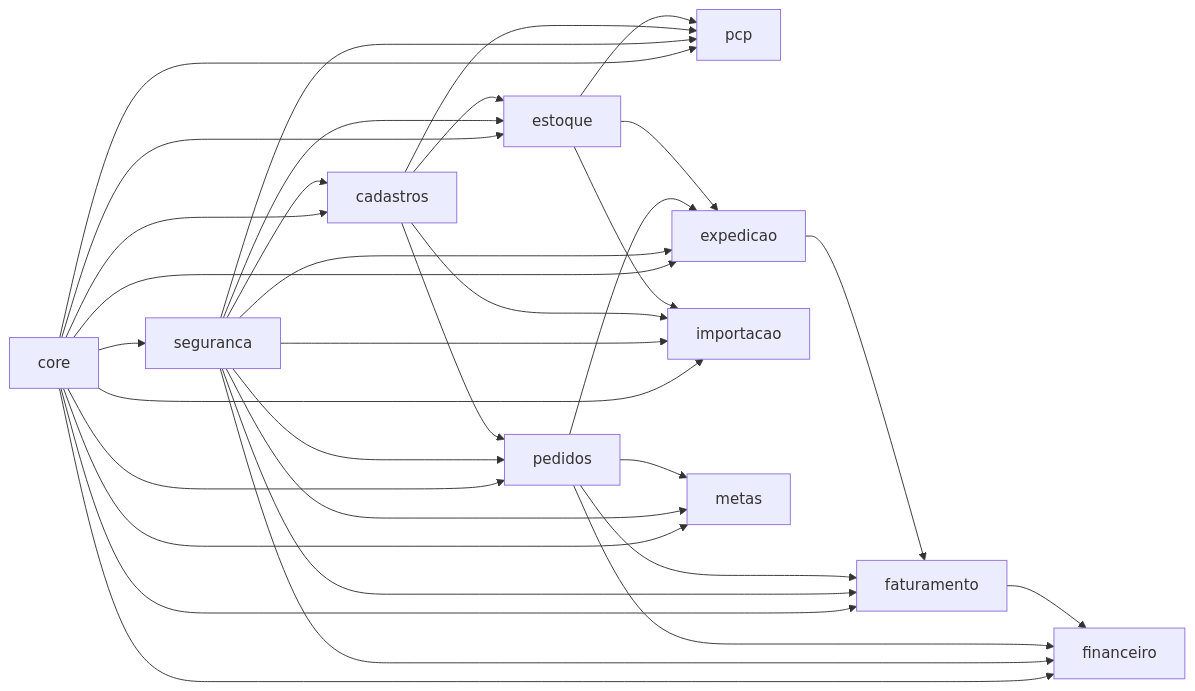
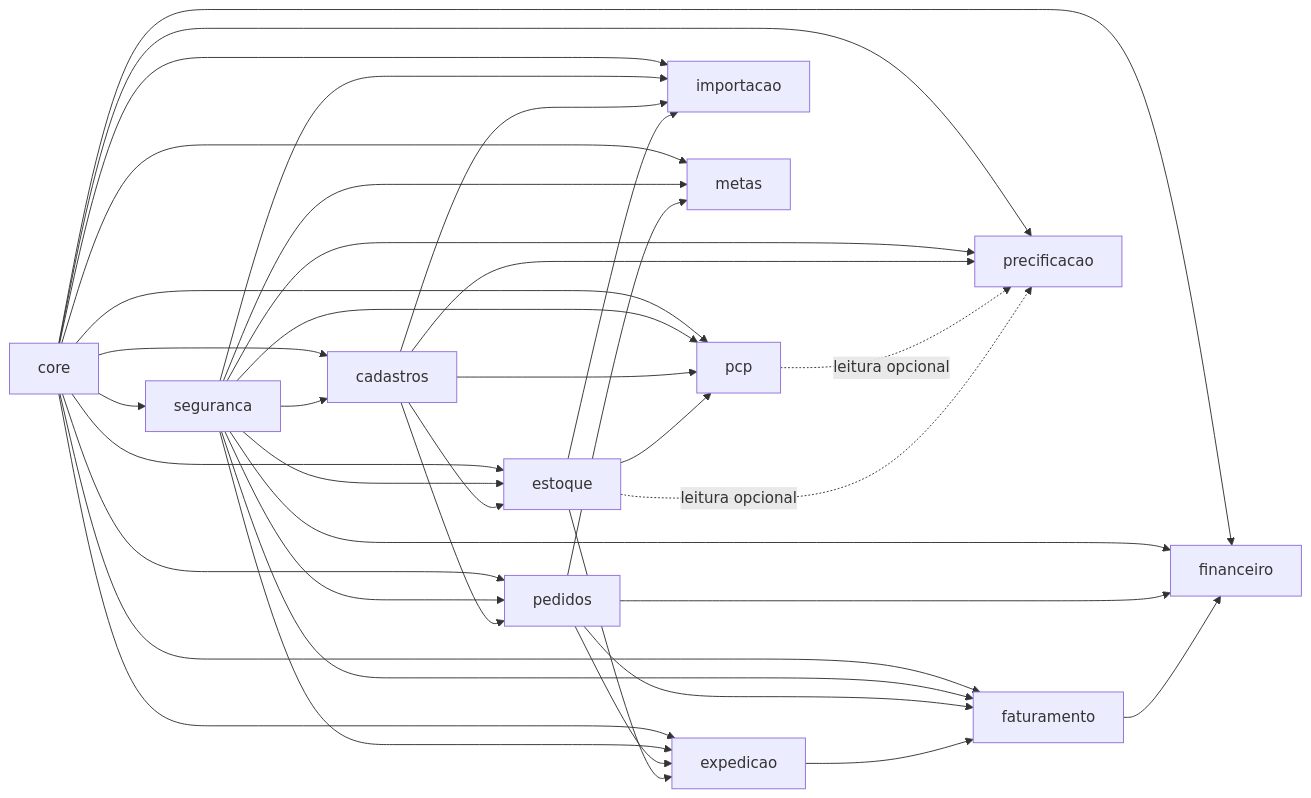
The second of 6 diagrams in docs/arquitetura/ARQUITETURA_GERAL.md (tiolusystems/elite-system), drawn with Mermaid before and after one commit. The commit also changed other lines of this file and 21 other files, not shown here.

````diff
--- a/docs/arquitetura/ARQUITETURA_GERAL.md
+++ b/docs/arquitetura/ARQUITETURA_GERAL.md
@@ -74,35 +75,40 @@
 ```mermaid
 flowchart LR
   core --> seguranca
   core --> cadastros
   seguranca --> cadastros
   core --> pedidos
   seguranca --> pedidos
   cadastros --> pedidos
   core --> estoque
   seguranca --> estoque
   cadastros --> estoque
   core --> pcp
   seguranca --> pcp
   cadastros --> pcp
   estoque --> pcp
   core --> expedicao
   seguranca --> expedicao
   pedidos --> expedicao
   estoque --> expedicao
   core --> importacao
   seguranca --> importacao
   cadastros --> importacao
   estoque --> importacao
   core --> faturamento
   seguranca --> faturamento
   pedidos --> faturamento
   expedicao --> faturamento
   core --> financeiro
   seguranca --> financeiro
   pedidos --> financeiro
   faturamento --> financeiro
+  core --> precificacao
+  seguranca --> precificacao
+  cadastros --> precificacao
+  pcp -. leitura opcional .-> precificacao
+  estoque -. leitura opcional .-> precificacao
   core --> metas
   seguranca --> metas
   pedidos --> metas
 ```
````
